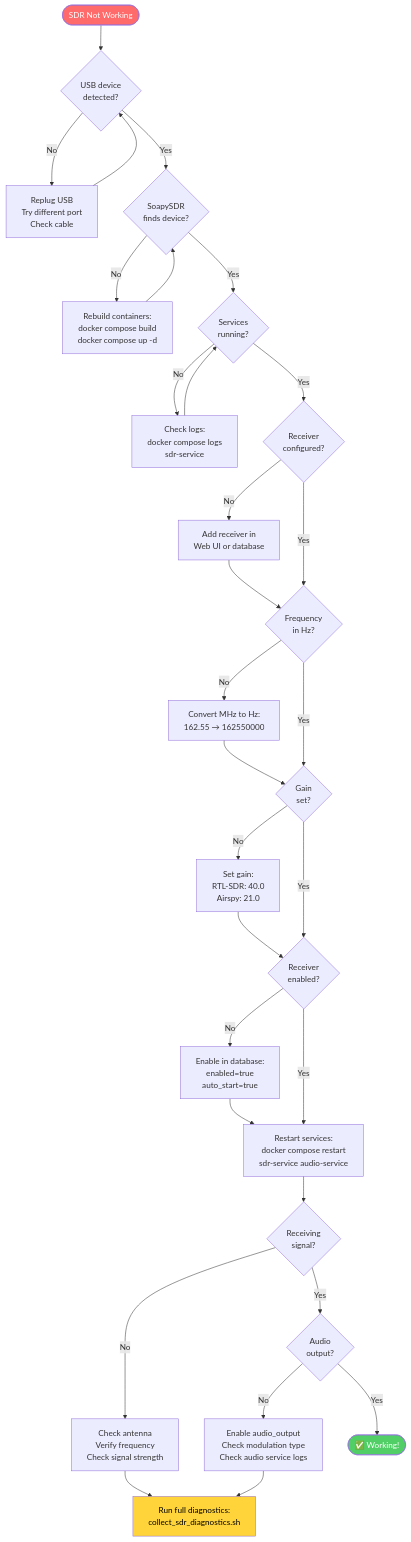
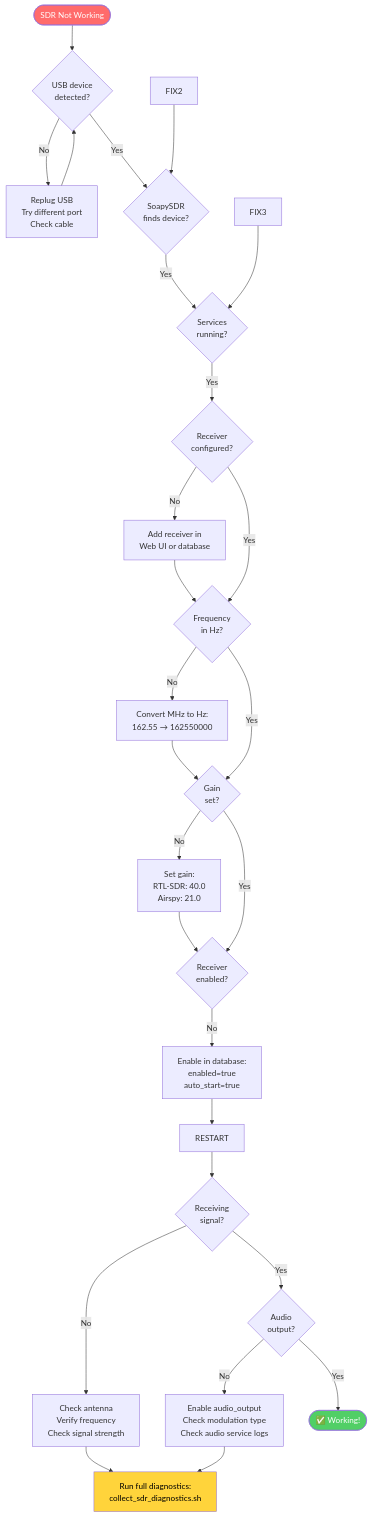
Before and after one commit to chelstein/eas-station: the diagram in docs/troubleshooting/SDR_TROUBLESHOOTING_FLOWCHART.md, drawn with Mermaid. The commit also changed other lines of this file and 71 other files, not shown here.

Commit message:
Remove all Docker references from documentation, charts, and SVG files

````diff
--- a/docs/troubleshooting/SDR_TROUBLESHOOTING_FLOWCHART.md
+++ b/docs/troubleshooting/SDR_TROUBLESHOOTING_FLOWCHART.md
@@ -9,58 +9,55 @@
 ```mermaid
 flowchart TD
     START([SDR Not Working]) --> CHECK1{USB device<br/>detected?}
     
     CHECK1 -->|No| FIX1[Replug USB<br/>Try different port<br/>Check cable]
     FIX1 --> CHECK1
     
     CHECK1 -->|Yes| CHECK2{SoapySDR<br/>finds device?}
     
-    CHECK2 -->|No| FIX2[Rebuild containers:<br/>docker compose build<br/>docker compose up -d]
     FIX2 --> CHECK2
     
     CHECK2 -->|Yes| CHECK3{Services<br/>running?}
     
-    CHECK3 -->|No| FIX3[Check logs:<br/>docker compose logs<br/>sdr-service]
     FIX3 --> CHECK3
     
     CHECK3 -->|Yes| CHECK4{Receiver<br/>configured?}
     
     CHECK4 -->|No| FIX4[Add receiver in<br/>Web UI or database]
     FIX4 --> CHECK5
     
     CHECK4 -->|Yes| CHECK5{Frequency<br/>in Hz?}
     
     CHECK5 -->|No| FIX5[Convert MHz to Hz:<br/>162.55 → 162550000]
     FIX5 --> CHECK6
     
     CHECK5 -->|Yes| CHECK6{Gain<br/>set?}
     
     CHECK6 -->|No| FIX6[Set gain:<br/>RTL-SDR: 40.0<br/>Airspy: 21.0]
     FIX6 --> CHECK7
     
     CHECK6 -->|Yes| CHECK7{Receiver<br/>enabled?}
     
     CHECK7 -->|No| FIX7[Enable in database:<br/>enabled=true<br/>auto_start=true]
     FIX7 --> RESTART
     
-    CHECK7 -->|Yes| RESTART[Restart services:<br/>docker compose restart<br/>sdr-service audio-service]
     
     RESTART --> CHECK8{Receiving<br/>signal?}
     
     CHECK8 -->|No| FIX8[Check antenna<br/>Verify frequency<br/>Check signal strength]
     
     CHECK8 -->|Yes| CHECK9{Audio<br/>output?}
     
     CHECK9 -->|No| FIX9[Enable audio_output<br/>Check modulation type<br/>Check audio service logs]
     
     CHECK9 -->|Yes| SUCCESS([✅ Working!])
     
     FIX8 --> HELP
     FIX9 --> HELP
     
     HELP[Run full diagnostics:<br/>collect_sdr_diagnostics.sh]
     
     style START fill:#ff6b6b,color:#fff
     style SUCCESS fill:#51cf66,color:#fff
     style HELP fill:#ffd43b,color:#000
 ```
````
